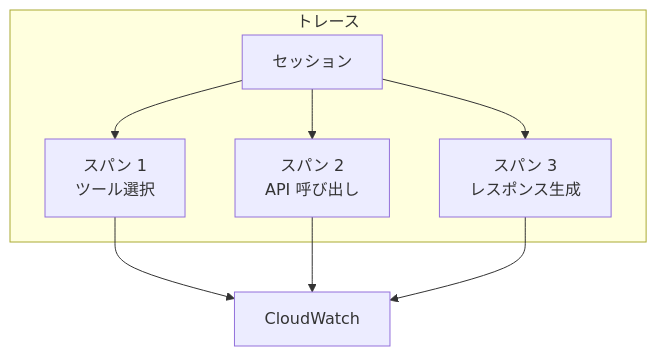
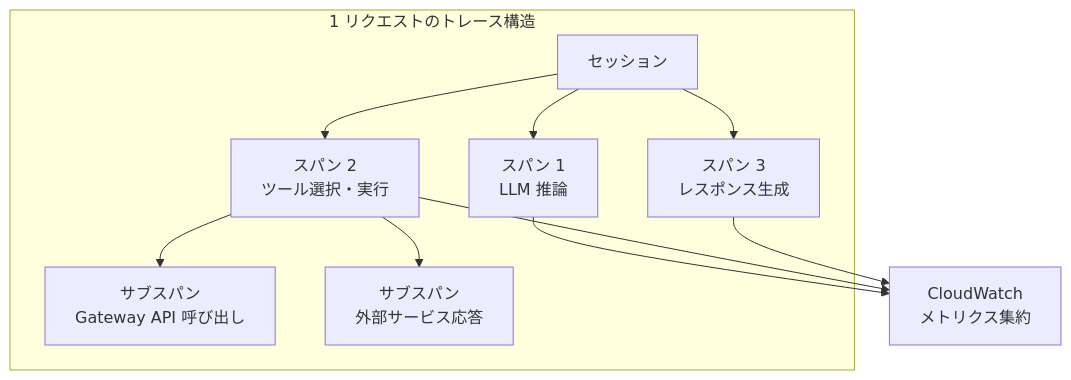
One commit to Kojiro-schatten/ai-agent-ts changed the fifth of 7 diagrams in packages/@ai-suburi/docs/docs/bedrock-agentcore/index.md. Above: the diagram before and after it, drawn with Mermaid. The commit also changed other lines of this file, not shown here.

````diff
--- a/packages/@ai-suburi/docs/docs/bedrock-agentcore/index.md
+++ b/packages/@ai-suburi/docs/docs/bedrock-agentcore/index.md
@@ -267,17 +297,21 @@
 ```mermaid
 graph TB
-    subgraph Trace["トレース"]
+    subgraph Trace["1 リクエストのトレース構造"]
         Session["セッション"]
-        Span1["スパン 1<br/>ツール選択"]
-        Span2["スパン 2<br/>API 呼び出し"]
+        Span1["スパン 1<br/>LLM 推論"]
+        Span2["スパン 2<br/>ツール選択・実行"]
         Span3["スパン 3<br/>レスポンス生成"]
+        SubSpan1["サブスパン<br/>Gateway API 呼び出し"]
+        SubSpan2["サブスパン<br/>外部サービス応答"]
     end
 
     Session --> Span1
     Session --> Span2
     Session --> Span3
+    Span2 --> SubSpan1
+    Span2 --> SubSpan2
 
-    Span1 --> CW["CloudWatch"]
+    Span1 --> CW["CloudWatch<br/>メトリクス集約"]
     Span2 --> CW
     Span3 --> CW
 ```
````
